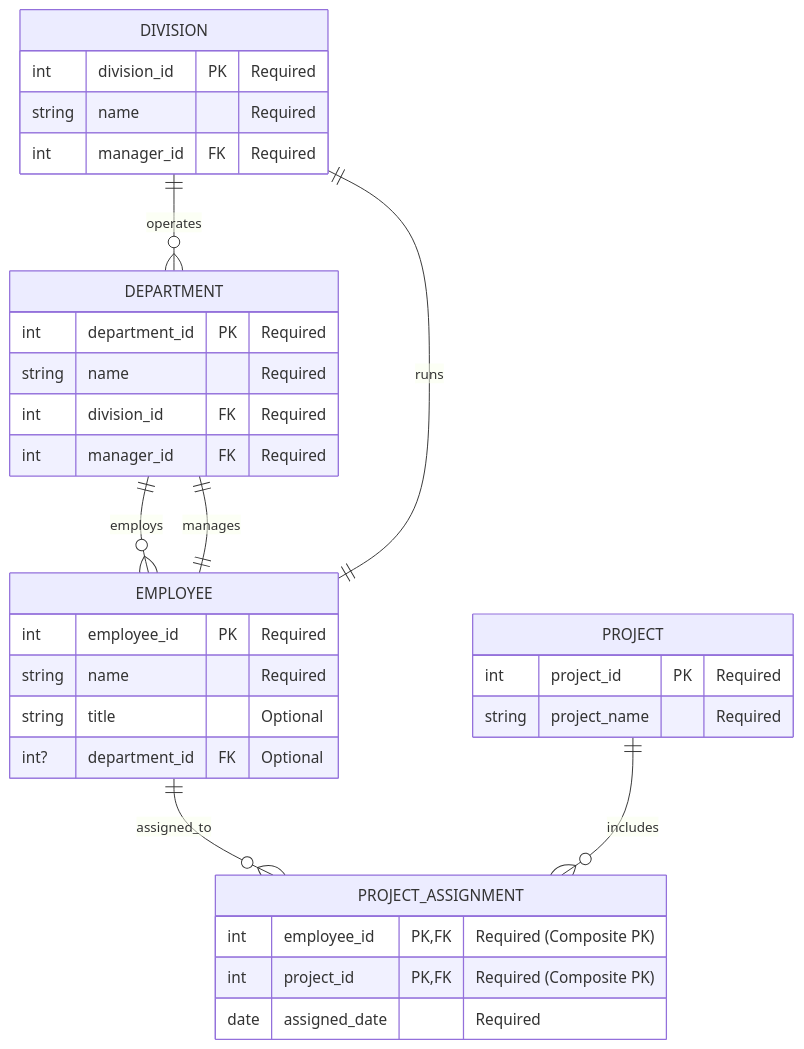
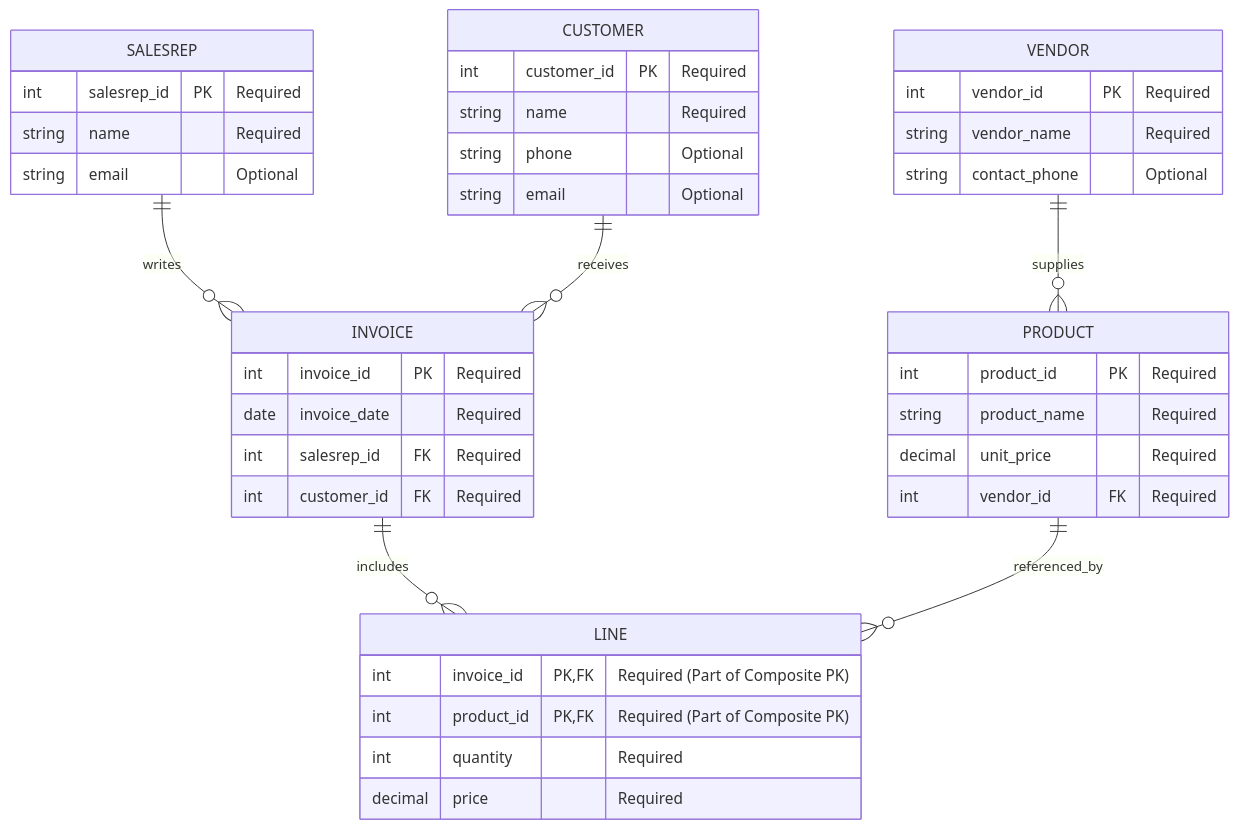
The diagram in ERD_mid_diagram.qmd (mszeihen/DatabaseProject-5725), drawn with Mermaid before and after one commit.

````diff
--- a/ERD_mid_diagram.qmd
+++ b/ERD_mid_diagram.qmd
@@ -14,40 +14,48 @@
 ```{mermaid}
 erDiagram
-    DIVISION ||--o{ DEPARTMENT : operates
-    DEPARTMENT ||--o{ EMPLOYEE : employs
-    EMPLOYEE ||--o{ PROJECT_ASSIGNMENT : assigned_to
-    PROJECT ||--o{ PROJECT_ASSIGNMENT : includes
-    EMPLOYEE ||--|| DEPARTMENT : manages
-    EMPLOYEE ||--|| DIVISION : runs
+    SALESREP ||--o{ INVOICE : writes
+    CUSTOMER ||--o{ INVOICE : receives
+    INVOICE ||--o{ LINE : includes
+    PRODUCT ||--o{ LINE : referenced_by
+    VENDOR ||--o{ PRODUCT : supplies
 
-    DIVISION {
-        int division_id PK "Required"
+    SALESREP {
+        int salesrep_id PK "Required"
         string name "Required"
-        int manager_id FK "Required"
+        string email "Optional"
     }
 
-    DEPARTMENT {
-        int department_id PK "Required"
+    CUSTOMER {
+        int customer_id PK "Required"
         string name "Required"
-        int division_id FK "Required"
-        int manager_id FK "Required"
+        string phone "Optional"
+        string email "Optional"
     }
 
-    EMPLOYEE {
-        int employee_id PK "Required"
-        string name "Required"
-        string title "Optional"
-        int? department_id FK "Optional"
+    INVOICE {
+        int invoice_id PK "Required"
+        date invoice_date "Required"
+        int salesrep_id FK "Required"
+        int customer_id FK "Required"
     }
 
-    PROJECT {
-        int project_id PK "Required"
-        string project_name "Required"
+    LINE {
+        int invoice_id PK, FK "Required (Part of Composite PK)"
+        int product_id PK, FK "Required (Part of Composite PK)"
+        int quantity "Required"
+        decimal price "Required"
     }
 
-    PROJECT_ASSIGNMENT {
-        int employee_id PK, FK "Required (Composite PK)"
-        int project_id PK, FK "Required (Composite PK)"
-        date assigned_date "Required"
+    PRODUCT {
+        int product_id PK "Required"
+        string product_name "Required"
+        decimal unit_price "Required"
+        int vendor_id FK "Required"
+    }
+
+    VENDOR {
+        int vendor_id PK "Required"
+        string vendor_name "Required"
+        string contact_phone "Optional"
     }
 ```
````
